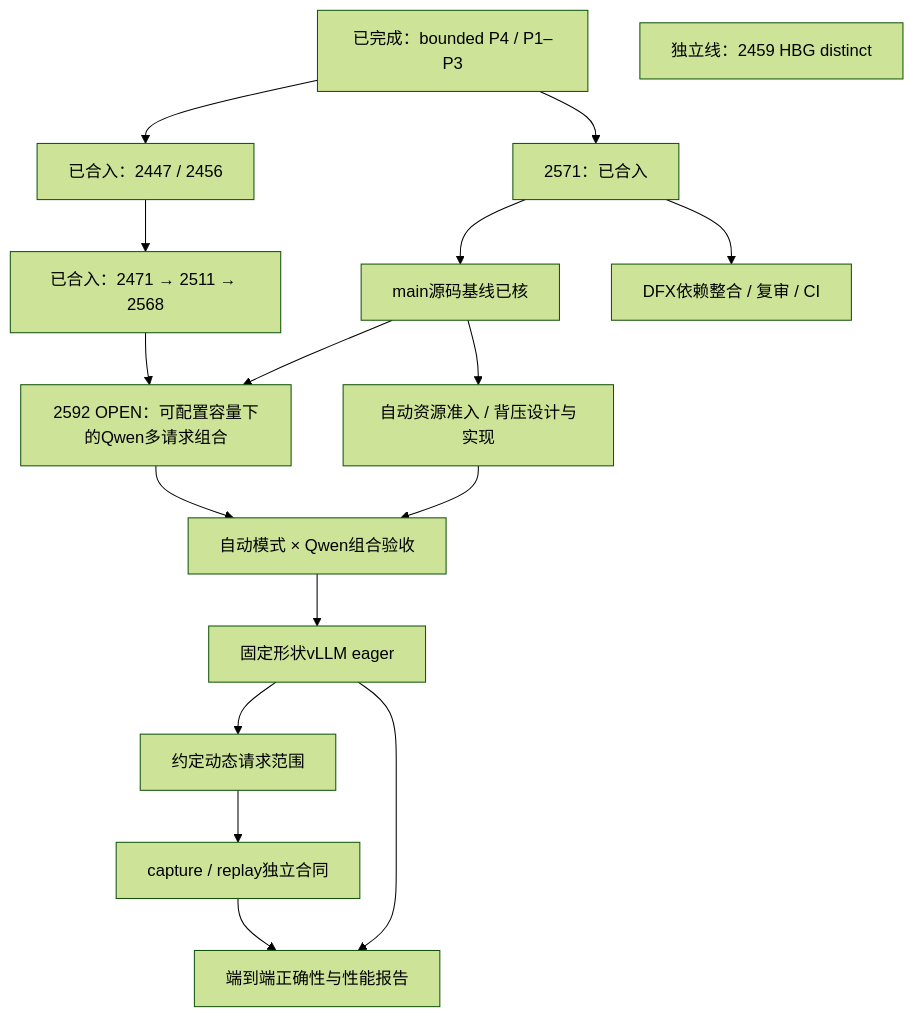
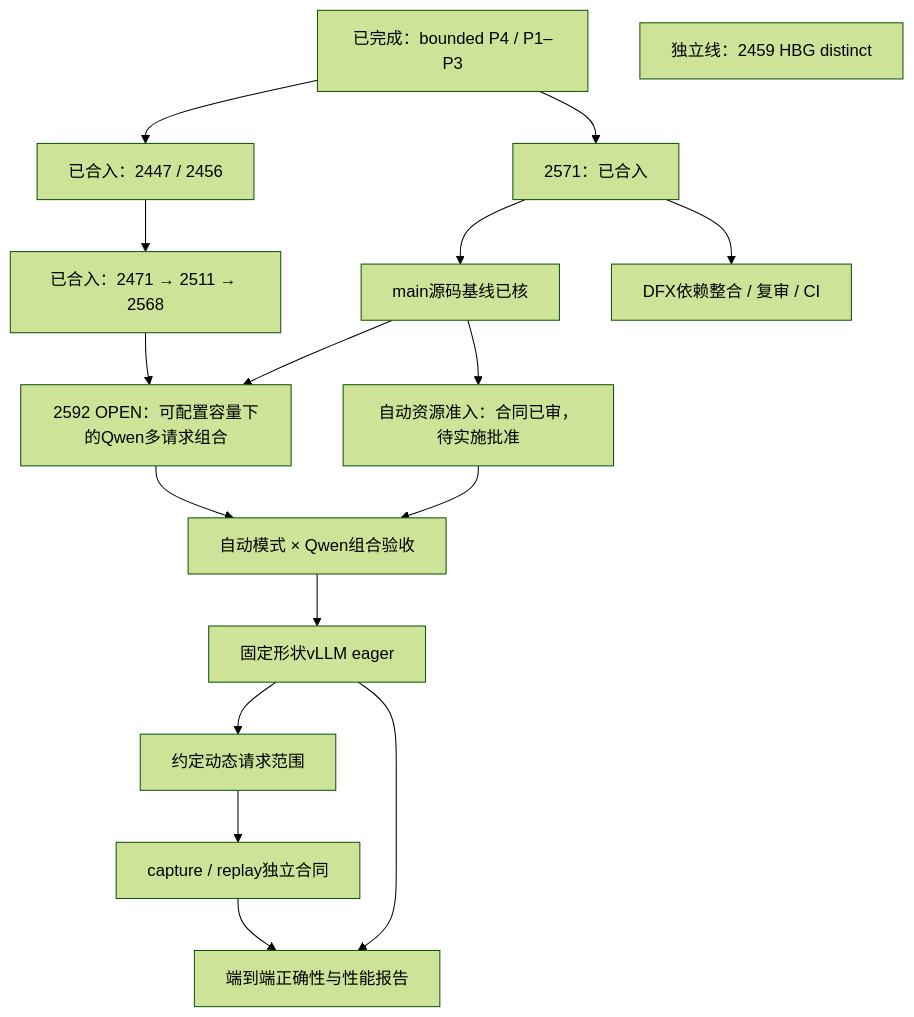
One commit to ChaoWao/simpler-fork changed the diagram in references/pipeline-a/run-pipeline-track-a.md. Above: the diagram before and after it, drawn with Mermaid (forest theme). The commit also changed other lines of this file and 10 other files, not shown here.

````diff
--- a/references/pipeline-a/run-pipeline-track-a.md
+++ b/references/pipeline-a/run-pipeline-track-a.md
@@ -59,19 +61,19 @@
 ```mermaid
 flowchart TD
   S1[已完成：bounded P4 / P1–P3] --> S2[已合入：2447 / 2456]
   S2 --> S3[已合入：2471 → 2511 → 2568]
   S1 --> R1[2571：已合入]
   R1 --> B[main源码基线已核]
-  B --> A[自动资源准入 / 背压设计与实现]
+  B --> A[自动资源准入：合同已审，待实施批准]
   A --> C[自动模式 × Qwen组合验收]
   B --> Q[2592 OPEN：可配置容量下的Qwen多请求组合]
   S3 --> Q
   Q --> C
   R1 --> D[DFX依赖整合 / 复审 / CI]
   C --> E[固定形状vLLM eager]
   E --> F[约定动态请求范围]
   F --> G[capture / replay独立合同]
   E --> H[端到端正确性与性能报告]
   G --> H
   X[独立线：2459 HBG distinct]
 ```
````
